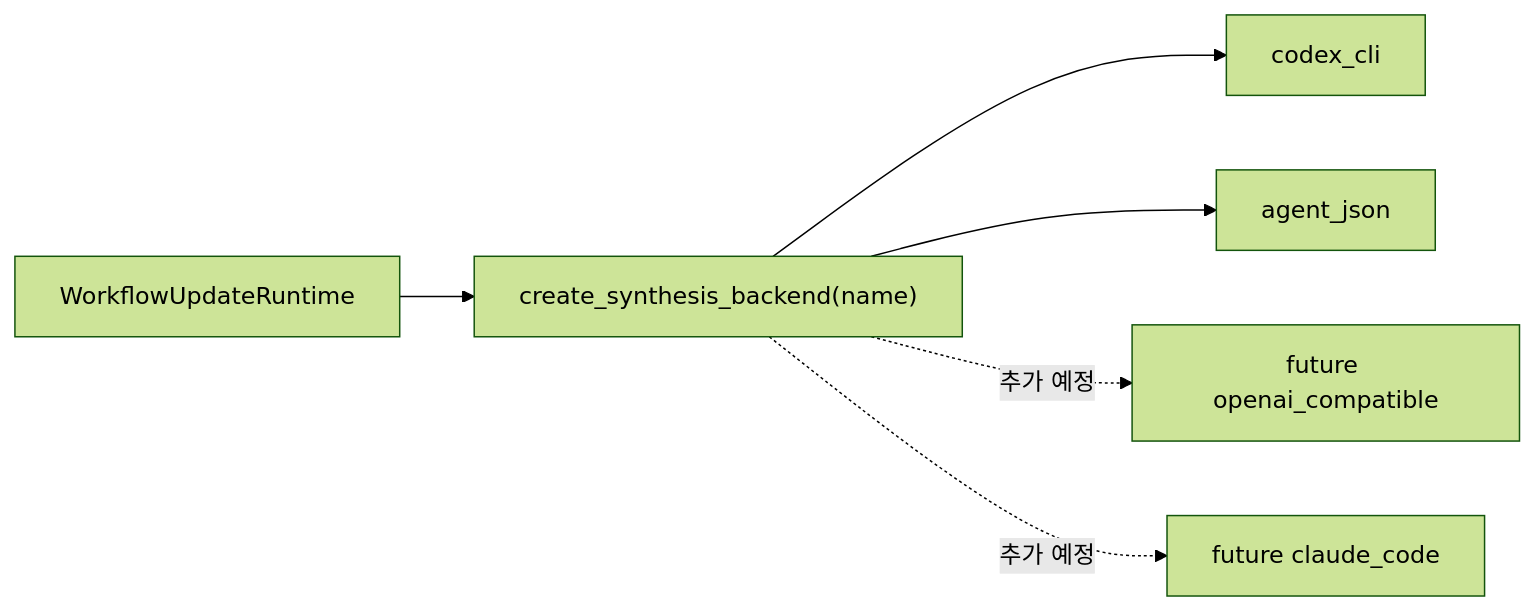
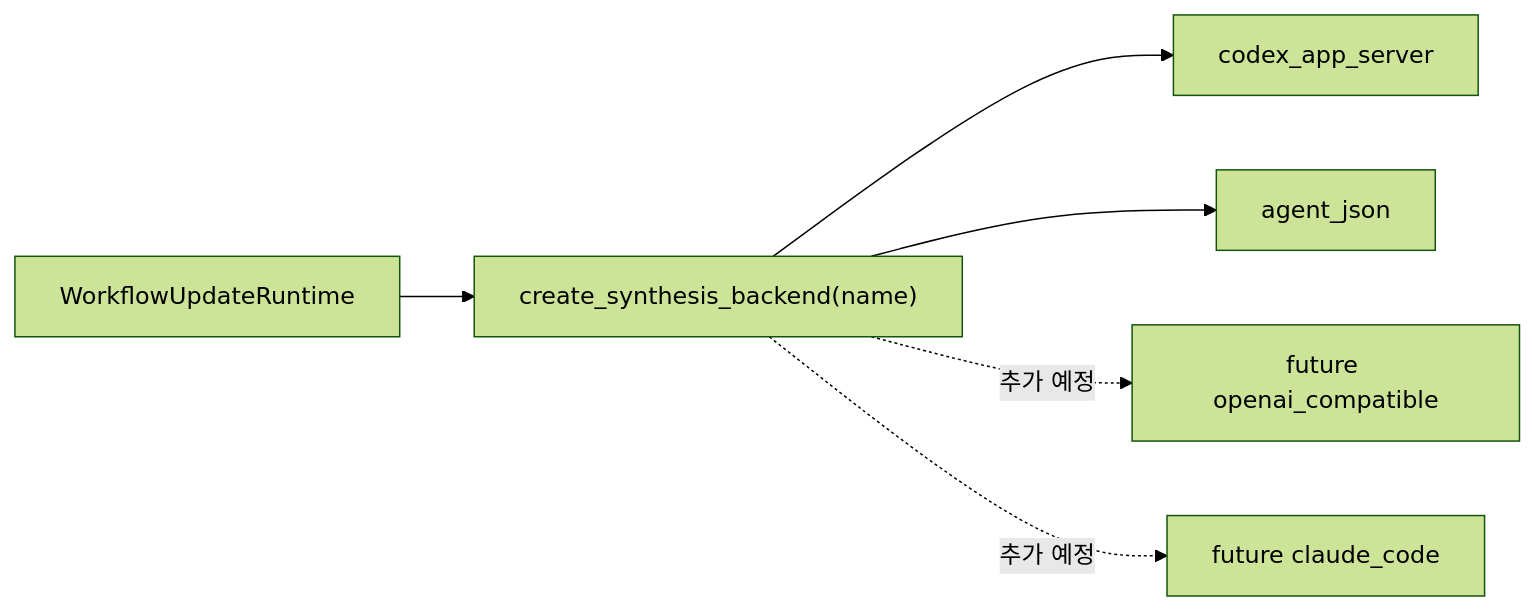
The fourth of 7 diagrams in webmcp/docs/ARCHITECTURE.md (minguk-jang/spica_at_home), drawn with Mermaid (forest theme) before and after one commit. The commit also changed 105 other files, not shown here.

````diff
--- a/webmcp/docs/ARCHITECTURE.md
+++ b/webmcp/docs/ARCHITECTURE.md
@@ -111,15 +111,15 @@
 ```mermaid
 flowchart LR
   UpdateRuntime["WorkflowUpdateRuntime"]
   Factory["create_synthesis_backend(name)"]
-  Codex["codex_cli"]
+  Codex["codex_app_server"]
   AgentJson["agent_json"]
   FutureOpenAI["future openai_compatible"]
   FutureClaude["future claude_code"]
 
   UpdateRuntime --> Factory
   Factory --> Codex
   Factory --> AgentJson
   Factory -.추가 예정.-> FutureOpenAI
   Factory -.추가 예정.-> FutureClaude
 ```
````
